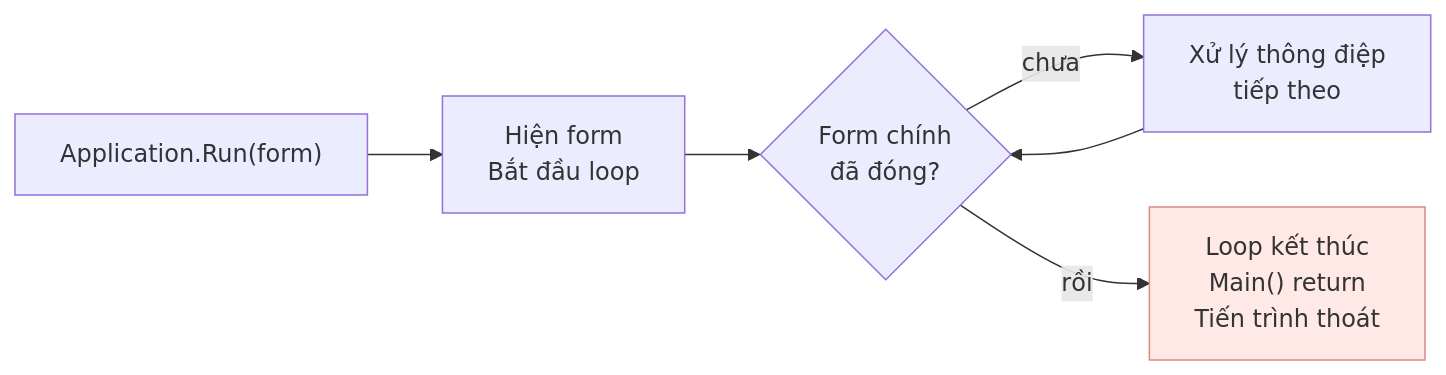
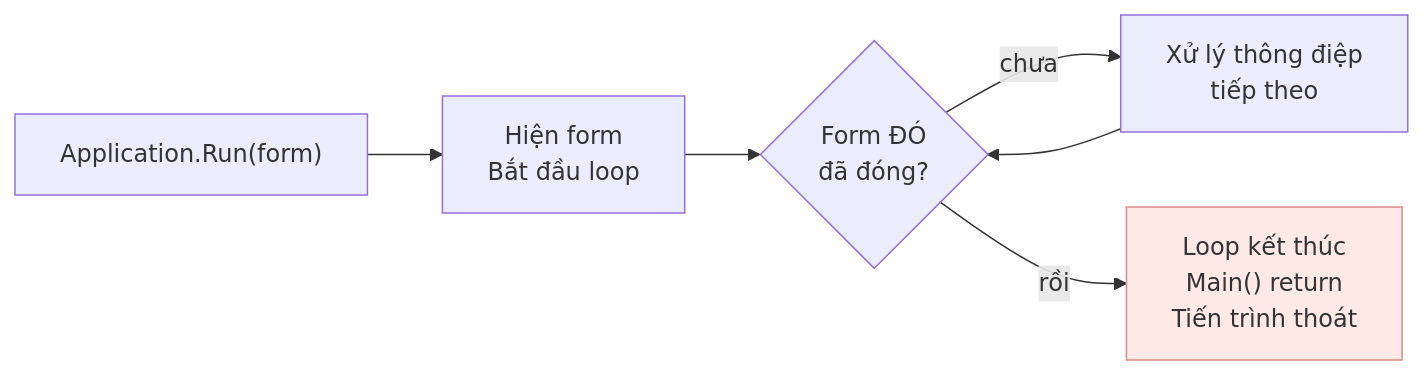
The second of 4 diagrams in docs/01-winforms-hoat-dong-the-nao.md (vielang/dotnet-framework-admin), drawn with Mermaid before and after one commit. The commit also changed other lines of this file and 6 other files, not shown here.

````diff
--- a/docs/01-winforms-hoat-dong-the-nao.md
+++ b/docs/01-winforms-hoat-dong-the-nao.md
@@ -94,10 +103,10 @@
 ```mermaid
 flowchart LR
     A["Application.Run(form)"] --> B["Hiện form<br/>Bắt đầu loop"]
-    B --> C{"Form chính<br/>đã đóng?"}
+    B --> C{"Form ĐÓ<br/>đã đóng?"}
     C -->|chưa| D["Xử lý thông điệp<br/>tiếp theo"]
     D --> C
     C -->|rồi| E["Loop kết thúc<br/>Main() return<br/>Tiến trình thoát"]
 
     style E fill:#ffe9e6,stroke:#d98b84
 ```
````
